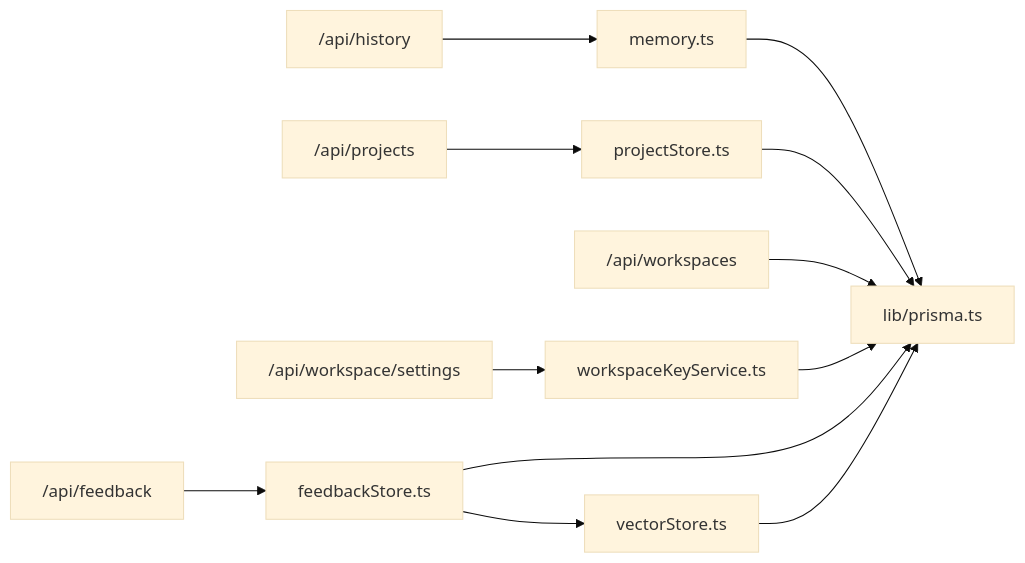
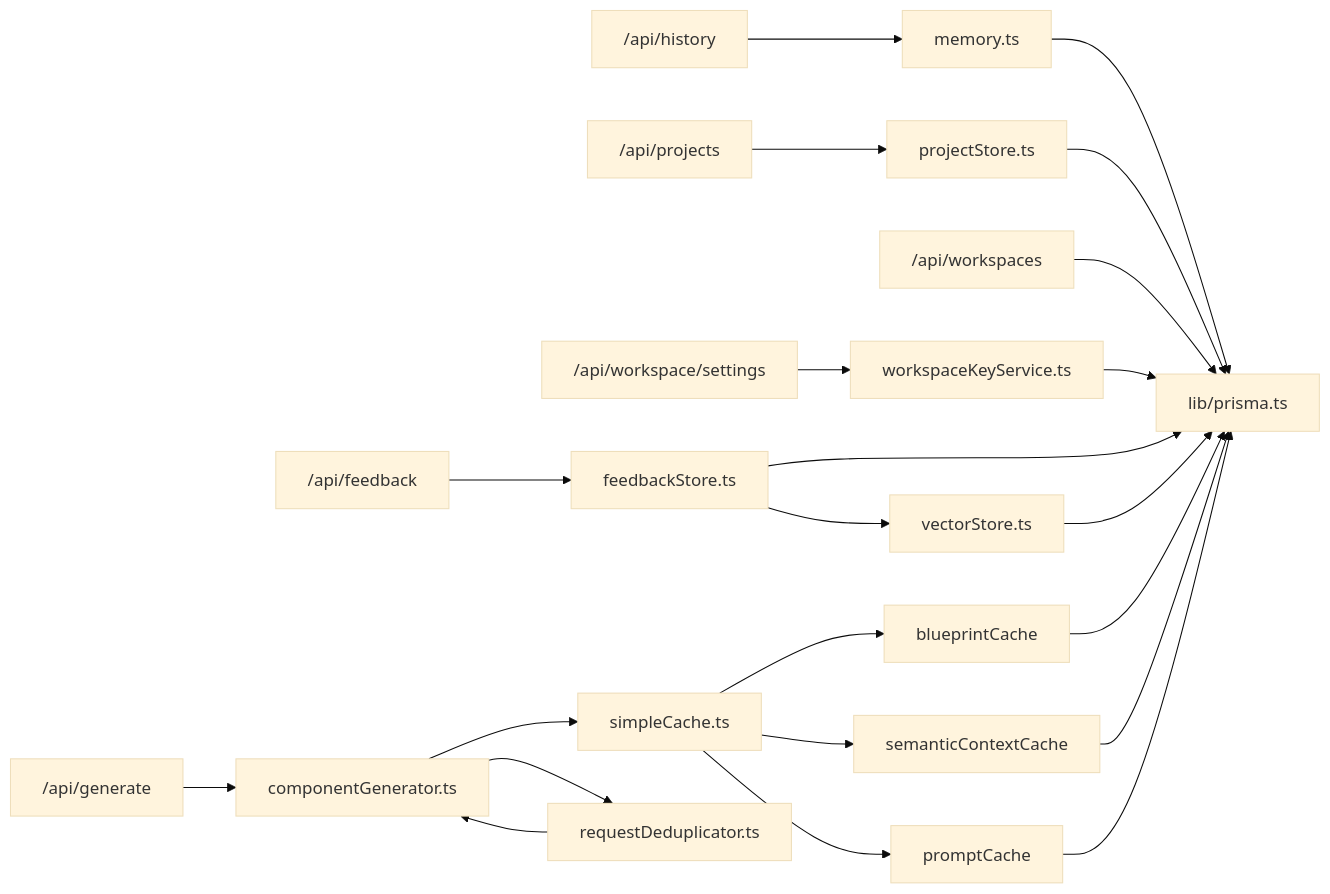
Diagram 12 of 12 in .qoder/repowiki/en/content/Database & Data Layer/Data Access Patterns & Performance.md (shekhargiri005-dotcom/AI-powered-accessibility-first-UI-engine), drawn with Mermaid (base theme) before and after one commit. The commit also changed other lines of this file and 8 other files, not shown here.

````diff
--- a/.qoder/repowiki/en/content/Database & Data Layer/Data Access Patterns & Performance.md
+++ b/.qoder/repowiki/en/content/Database & Data Layer/Data Access Patterns & Performance.md
@@ -355,14 +504,24 @@
 ```mermaid
 graph LR
 API_H["/api/history"] --> MEM["memory.ts"]
 API_P["/api/projects"] --> PS["projectStore.ts"]
 API_W["/api/workspaces"] --> PRISMA["lib/prisma.ts"]
 API_WS["/api/workspace/settings"] --> WK["workspaceKeyService.ts"]
 API_F["/api/feedback"] --> FS["feedbackStore.ts"]
+API_G["/api/generate"] --> CG["componentGenerator.ts"]
+CG --> SC["simpleCache.ts"]
+CG --> RD["requestDeduplicator.ts"]
 PS --> PRISMA
 MEM --> PRISMA
 FS --> PRISMA
 WK --> PRISMA
 FS --> VS["vectorStore.ts"]
 VS --> PRISMA
+SC --> BC["blueprintCache"]
+SC --> SCCTX["semanticContextCache"]
+SC --> PC["promptCache"]
+BC --> PRISMA
+SCCTX --> PRISMA
+PC --> PRISMA
+RD --> CG
 ```
````
